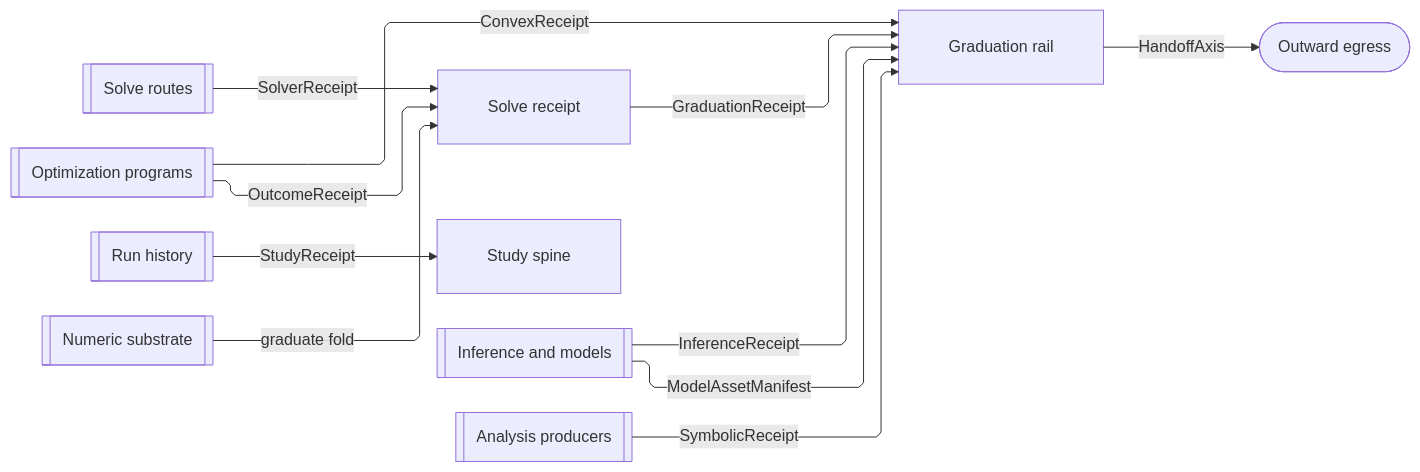
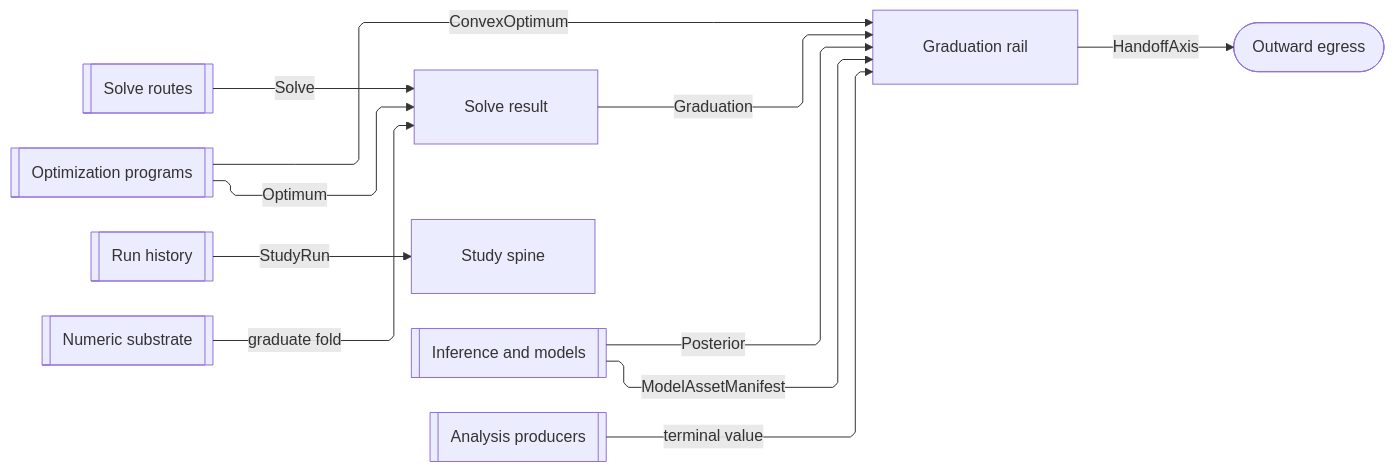
The third of 3 diagrams in libs/python/compute/ARCHITECTURE.md (bsamiee/Rasm), drawn with Mermaid before and after one commit. The commit also changed other lines of this file and 1417 other files, not shown here.

````diff
--- a/libs/python/compute/ARCHITECTURE.md
+++ b/libs/python/compute/ARCHITECTURE.md
@@ -151,22 +149,22 @@
 ```mermaid
 ---
 config:
   layout: elk
   flowchart:
     curve: linear
     padding: 25
 ---
 flowchart LR
-    accTitle: Compute internal receipt spine
-    accDescr: Numeric-science sub-domains fold solve receipts and graduating axis evidence onto the single graduation rail crossing outward.
-    SolveRoutes[[Solve routes]] e1@-->|"SolverReceipt"| Receipt[Solve receipt]
-    Optimization[[Optimization programs]] e2@-->|"OutcomeReceipt"| Receipt
-    Optimization e3@-->|"ConvexReceipt"| Handoff[Graduation rail]
-    History[[Run history]] e4@-->|"StudyReceipt"| Study[Study spine]
-    Experiments[[Inference and models]] e5@-->|"InferenceReceipt"| Handoff
+    accTitle: Compute internal result spine
+    accDescr: Numeric-science sub-domains fold solve results and graduating axis evidence onto the single graduation rail crossing outward.
+    SolveRoutes[[Solve routes]] e1@-->|"Solve"| SolveResult[Solve result]
+    Optimization[[Optimization programs]] e2@-->|"Optimum"| SolveResult
+    Optimization e3@-->|"ConvexOptimum"| Handoff[Graduation rail]
+    History[[Run history]] e4@-->|"StudyRun"| Study[Study spine]
+    Experiments[[Inference and models]] e5@-->|"Posterior"| Handoff
     Experiments e6@-->|"ModelAssetManifest"| Handoff
-    Numerics[[Numeric substrate]] e7@-->|"graduate fold"| Receipt
-    Receipt e8@-->|"GraduationReceipt"| Handoff
-    Analysis[[Analysis producers]] e9@-->|"SymbolicReceipt"| Handoff
+    Numerics[[Numeric substrate]] e7@-->|"graduate fold"| SolveResult
+    SolveResult e8@-->|"Graduation"| Handoff
+    Analysis[[Analysis producers]] e9@-->|"terminal value"| Handoff
     Handoff e10@-->|"HandoffAxis"| Out([Outward egress])
 ```
````
